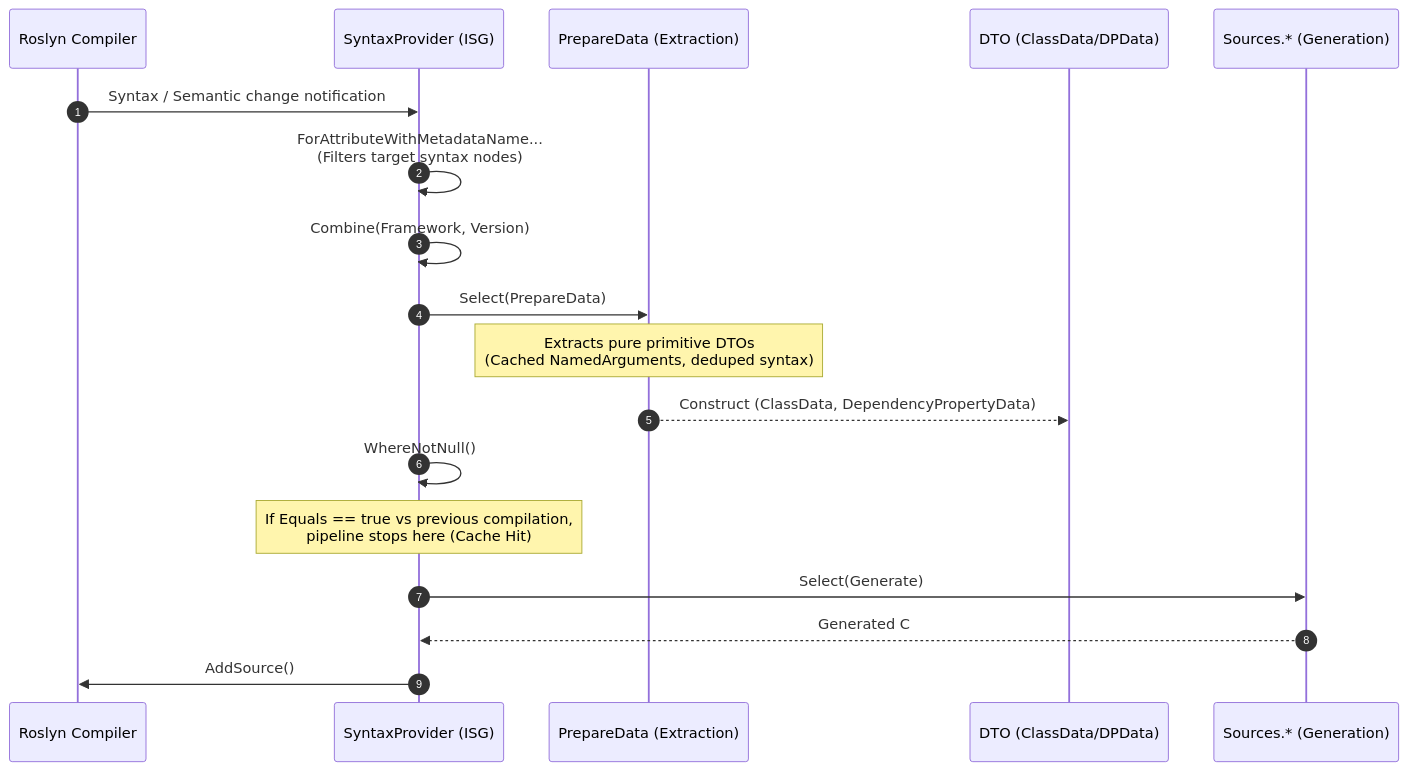
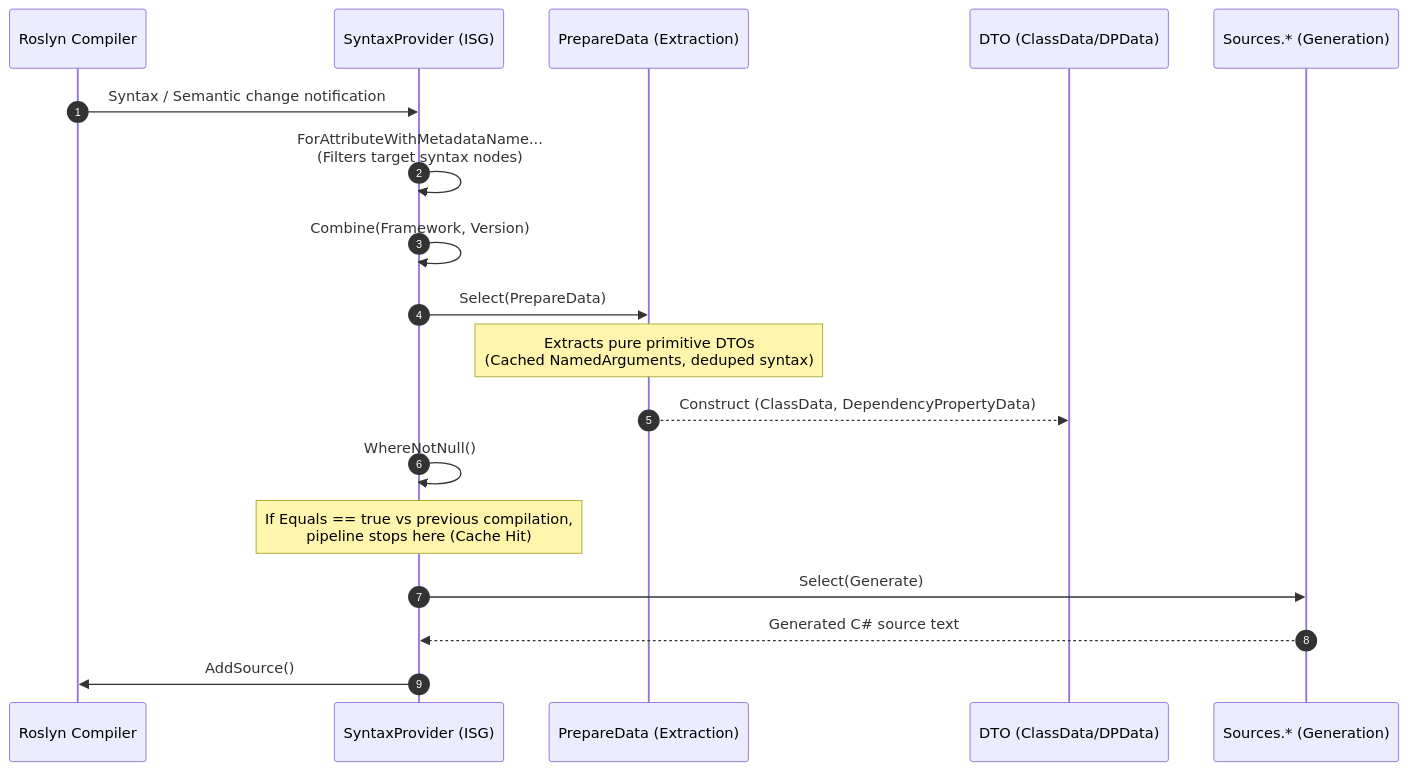
Before and after one commit to kassyi/DependencyPropertyGenerator: the first of 6 diagrams in spec/en/02_pipeline_architecture.md, drawn with Mermaid. The commit also changed other lines of this file and 6 other files, not shown here.

````diff
--- a/spec/en/02_pipeline_architecture.md
+++ b/spec/en/02_pipeline_architecture.md
@@ -13,21 +13,21 @@
 ```mermaid
 sequenceDiagram
     autonumber
     participant Compiler as Roslyn Compiler
     participant SP as SyntaxProvider (ISG)
     participant Prepare as PrepareData (Extraction)
     participant Model as DTO (ClassData/DPData)
     participant Source as Sources.* (Generation)
     
     Compiler->>SP: Syntax / Semantic change notification
     SP->>SP: ForAttributeWithMetadataName...<br/>(Filters target syntax nodes)
     SP->>SP: Combine(Framework, Version)
     SP->>Prepare: Select(PrepareData)
     Note over Prepare: Extracts pure primitive DTOs<br/>(Cached NamedArguments, deduped syntax)
     Prepare-->>Model: Construct (ClassData, DependencyPropertyData)
     SP->>SP: WhereNotNull()
     Note over SP: If Equals == true vs previous compilation,<br/>pipeline stops here (Cache Hit)
     SP->>Source: Select(Generate)
-    Source-->>SP: Generated C# source text
+    Source-->>SP: Generated C#35; source text
     SP->>Compiler: AddSource()
 ```
````
